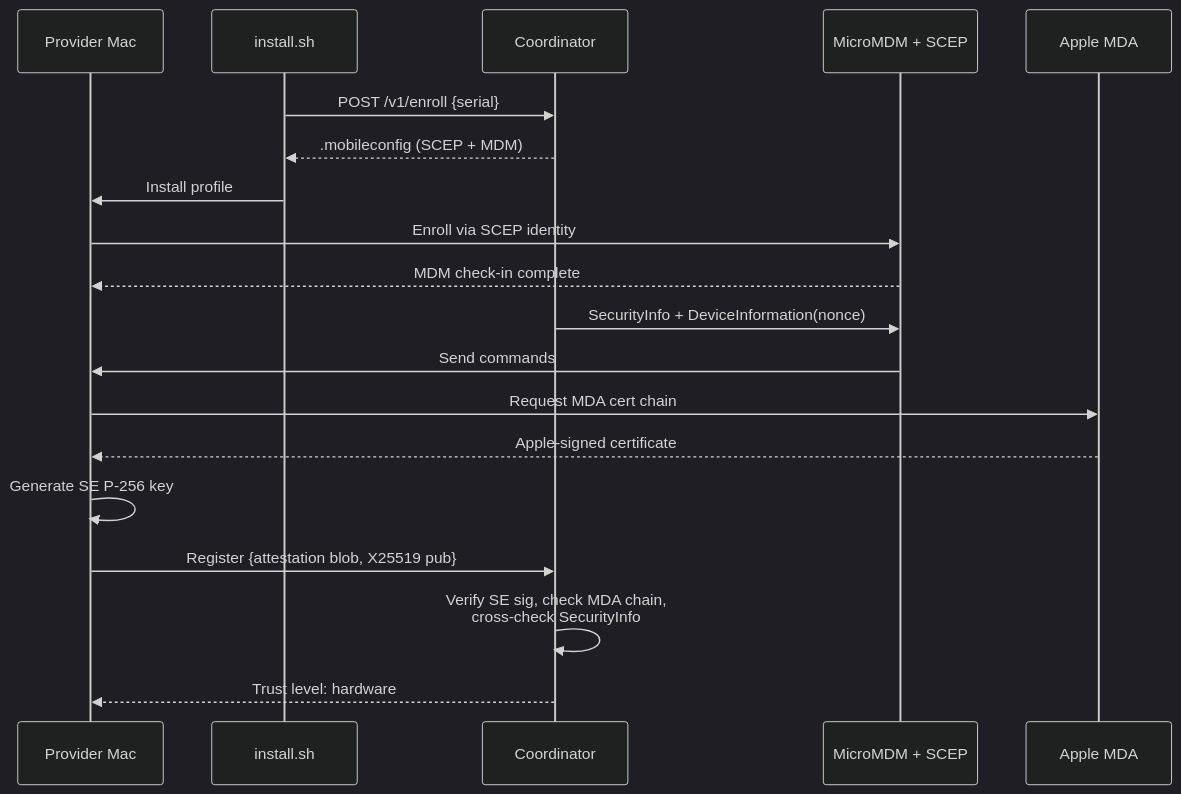
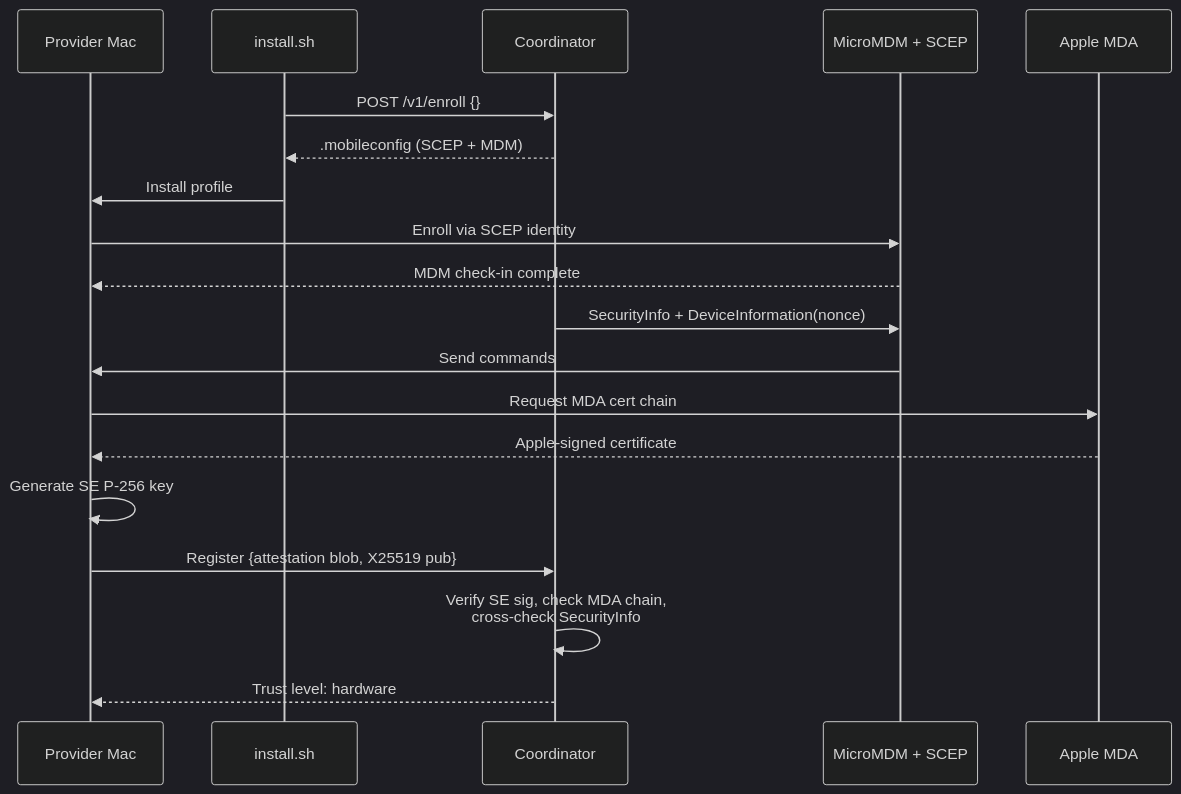
One commit to Layr-Labs/d-inference changed the diagram in docs/assets/diagrams/enrollment-flow.mmd. Above: the diagram before and after it, drawn with Mermaid (dark theme). The commit also changed 1 other file, not shown here.

Commit message:
docs: remove serial from enrollment diagram

```diff
--- a/docs/assets/diagrams/enrollment-flow.mmd
+++ b/docs/assets/diagrams/enrollment-flow.mmd
@@ -1,20 +1,20 @@
 sequenceDiagram
     participant P as Provider Mac
     participant S as install.sh
     participant API as Coordinator
     participant MDM as MicroMDM + SCEP
     participant A as Apple MDA
 
-    S->>API: POST /v1/enroll {serial}
+    S->>API: POST /v1/enroll {}
     API-->>S: .mobileconfig (SCEP + MDM)
     S->>P: Install profile
     P->>MDM: Enroll via SCEP identity
     MDM-->>P: MDM check-in complete
     API->>MDM: SecurityInfo + DeviceInformation(nonce)
     MDM->>P: Send commands
     P->>A: Request MDA cert chain
     A-->>P: Apple-signed certificate
     P->>P: Generate SE P-256 key
     P->>API: Register {attestation blob, X25519 pub}
     API->>API: Verify SE sig, check MDA chain,<br/>cross-check SecurityInfo
     API-->>P: Trust level: hardware
```
